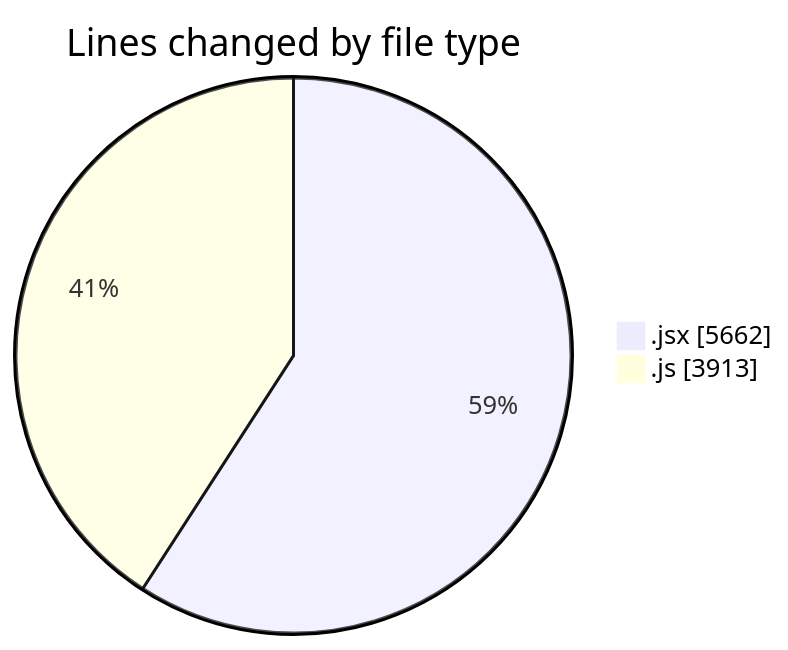
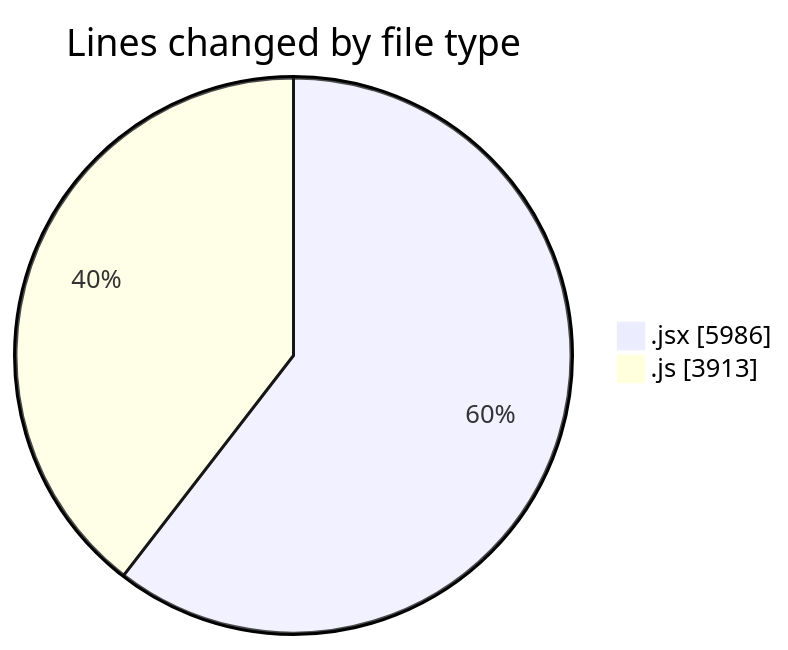
One commit to nxtqubesakshisongat/code-tracking changed the first of 2 diagrams in 2025-09-28/nxtqube_webapp/README.md. Above: the diagram before and after it, drawn with Mermaid. The commit also changed other lines of this file and 1 other file, not shown here.

````diff
--- a/2025-09-28/nxtqube_webapp/README.md
+++ b/2025-09-28/nxtqube_webapp/README.md
@@ -23,6 +23,6 @@
 ```mermaid
 pie showData
 title Lines changed by file type
-".jsx" : 5662
+".jsx" : 5986
 ".js" : 3913
 ```
````
